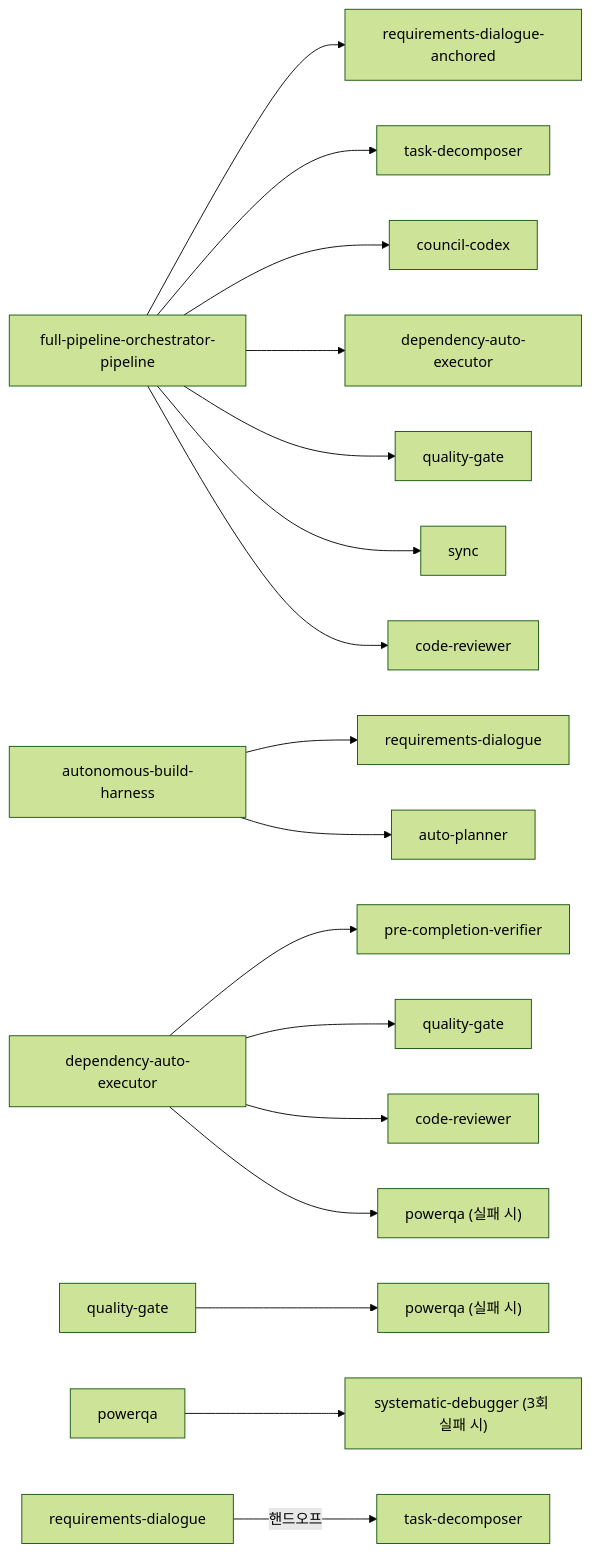
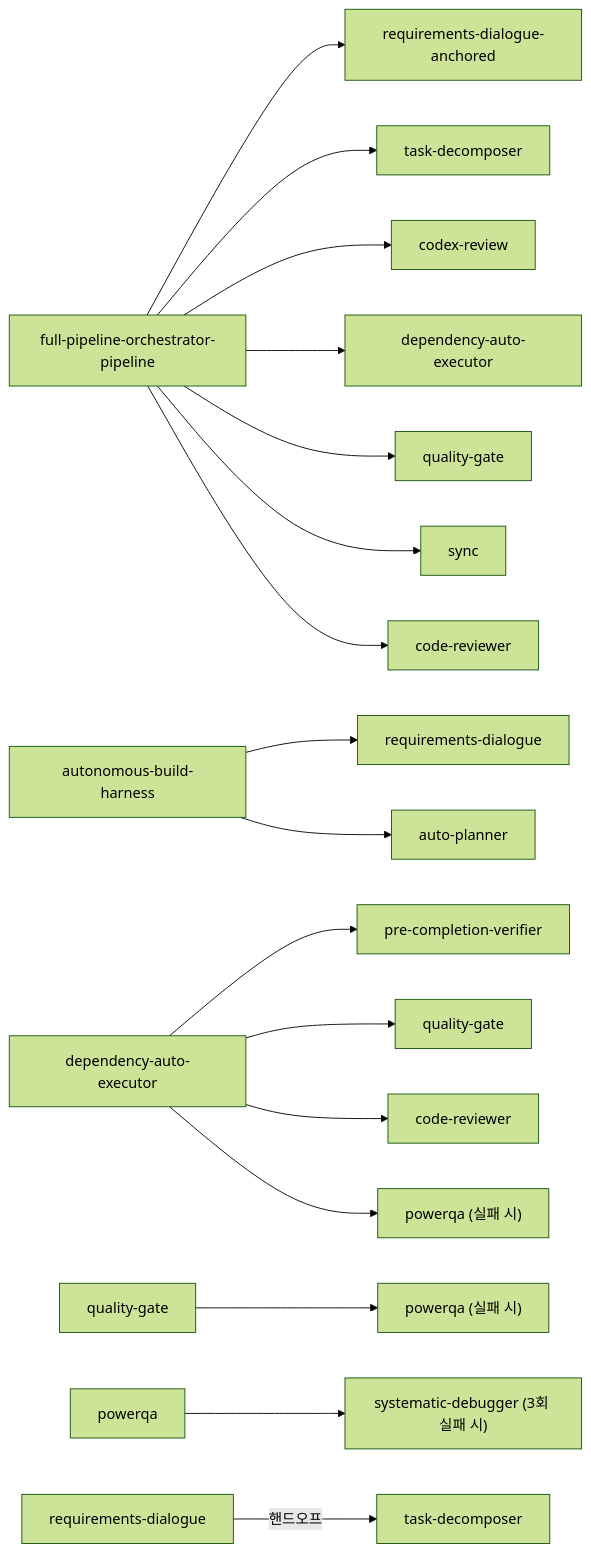
Before and after one commit to kyun6318/ClaudeCodeSkill-Setting-Presentation: the third of 5 diagrams in skills/02-SKILLS-RELATIONSHIPS.md, drawn with Mermaid (forest theme). The commit also changed other lines of this file and 10 other files, not shown here.

````diff
--- a/skills/02-SKILLS-RELATIONSHIPS.md
+++ b/skills/02-SKILLS-RELATIONSHIPS.md
@@ -144,31 +144,31 @@
 ```mermaid
 graph LR
     %% full-pipeline-orchestrator-pipeline
     FPOP["full-pipeline-orchestrator-pipeline"]
     FPOP --> RDA["requirements-dialogue-anchored"]
     FPOP --> TD2["task-decomposer"]
-    FPOP --> CC["council-codex"]
+    FPOP --> CC["codex-review"]
     FPOP --> DAE["dependency-auto-executor"]
     FPOP --> QG["quality-gate"]
     FPOP --> SY["sync"]
     FPOP --> CR["code-reviewer"]
 
     %% autonomous-build-harness
     ABH2["autonomous-build-harness"]
     ABH2 --> RD2["requirements-dialogue"]
     ABH2 --> AP["auto-planner"]
 
     %% dependency-auto-executor
     DAE3["dependency-auto-executor"]
     DAE3 --> PCV["pre-completion-verifier"]
     DAE3 --> QG2["quality-gate"]
     DAE3 --> CR2["code-reviewer"]
     DAE3 --> PQA["powerqa (실패 시)"]
 
     %% others
     QG3["quality-gate"] --> PQA2["powerqa (실패 시)"]
     PQA3["powerqa"] --> SD["systematic-debugger (3회 실패 시)"]
 
     %% handoffs
     RD3["requirements-dialogue"] --핸드오프--> TD3["task-decomposer"]
 ```
````
